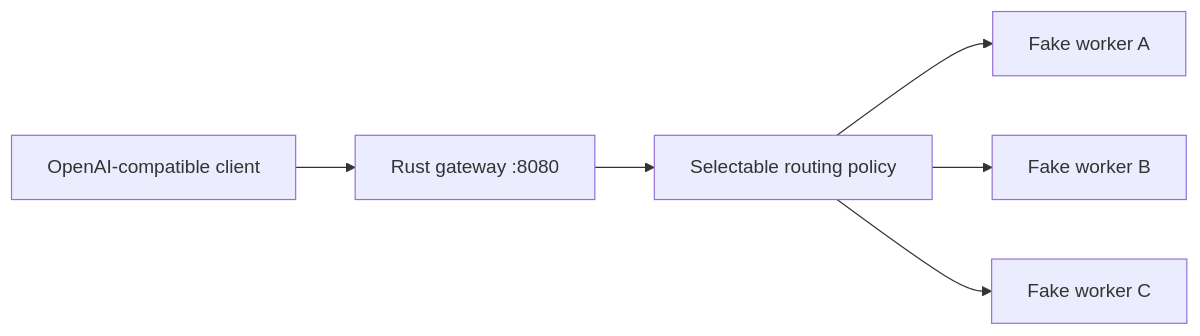
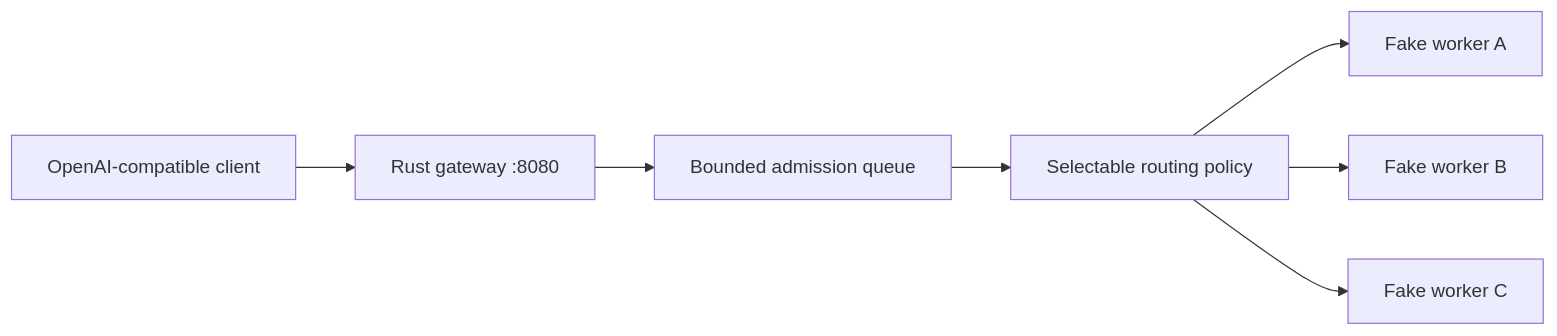
Before and after one commit to conan505/inferLab: the diagram in README.md, drawn with Mermaid. The commit also changed other lines of this file and 18 other files, not shown here.

Commit message:
v0.0.6 bounded admission and backpressure

````diff
--- a/README.md
+++ b/README.md
@@ -14,8 +14,9 @@
 ```mermaid
 flowchart LR
     C["OpenAI-compatible client"] --> G["Rust gateway :8080"]
-    G --> P["Selectable routing policy"]
+    G --> A0["Bounded admission queue"]
+    A0 --> P["Selectable routing policy"]
     P --> A["Fake worker A"]
     P --> B["Fake worker B"]
     P --> C2["Fake worker C"]
 ```
````
